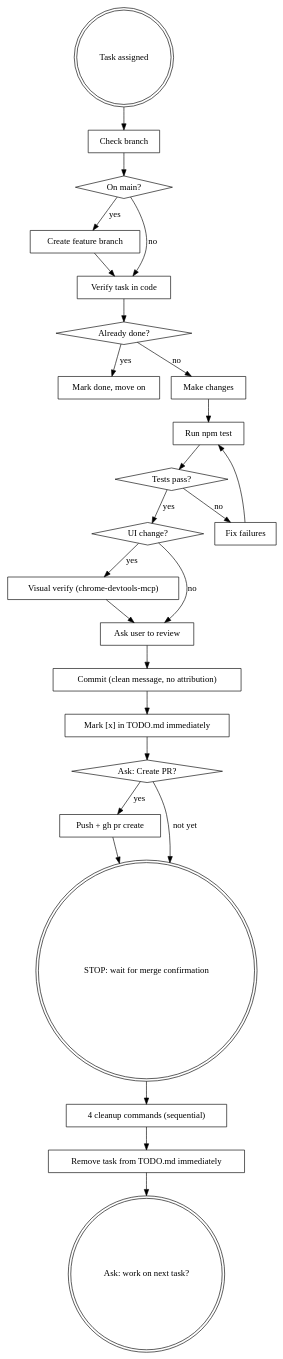
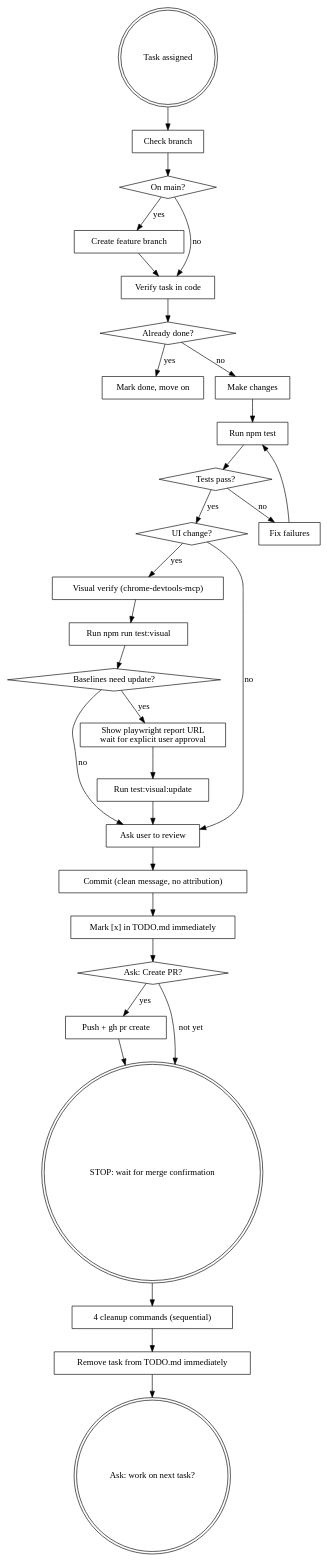
Before and after one commit to chrisrauh/shakuhachi-ro: the second of 2 diagrams in .claude/skills/dev-workflow/SKILL.md, drawn with Graphviz. The commit also changed other lines of this file and 2 other files, not shown here.

First line of the commit message:
chore: add baseline approval gate and fix PR body escaping in dev-workflow (#200)

````diff
--- a/.claude/skills/dev-workflow/SKILL.md
+++ b/.claude/skills/dev-workflow/SKILL.md
@@ -47,52 +47,61 @@
 ```dot
 digraph dev_workflow {
   "Task assigned" [shape=doublecircle];
   "Check branch" [shape=box];
   "On main?" [shape=diamond];
   "Create feature branch" [shape=box];
   "Verify task in code" [shape=box];
   "Already done?" [shape=diamond];
   "Mark done, move on" [shape=box];
   "Make changes" [shape=box];
   "Run npm test" [shape=box];
   "Tests pass?" [shape=diamond];
   "Fix failures" [shape=box];
   "UI change?" [shape=diamond];
   "Visual verify (chrome-devtools-mcp)" [shape=box];
+  "Run npm run test:visual" [shape=box];
+  "Baselines need update?" [shape=diamond];
+  "Show playwright report URL\nwait for explicit user approval" [shape=box];
+  "Run test:visual:update" [shape=box];
   "Ask user to review" [shape=box];
   "Commit (clean message, no attribution)" [shape=box];
   "Mark [x] in TODO.md immediately" [shape=box];
   "Ask: Create PR?" [shape=diamond];
   "Push + gh pr create" [shape=box];
   "STOP: wait for merge confirmation" [shape=doublecircle];
   "4 cleanup commands (sequential)" [shape=box];
   "Remove task from TODO.md immediately" [shape=box];
   "Ask: work on next task?" [shape=doublecircle];
 
   "Task assigned" -> "Check branch";
   "Check branch" -> "On main?";
   "On main?" -> "Create feature branch" [label="yes"];
   "On main?" -> "Verify task in code" [label="no"];
   "Create feature branch" -> "Verify task in code";
   "Verify task in code" -> "Already done?";
   "Already done?" -> "Mark done, move on" [label="yes"];
   "Already done?" -> "Make changes" [label="no"];
   "Make changes" -> "Run npm test";
   "Run npm test" -> "Tests pass?";
   "Tests pass?" -> "Fix failures" [label="no"];
   "Fix failures" -> "Run npm test";
   "Tests pass?" -> "UI change?" [label="yes"];
   "UI change?" -> "Visual verify (chrome-devtools-mcp)" [label="yes"];
   "UI change?" -> "Ask user to review" [label="no"];
-  "Visual verify (chrome-devtools-mcp)" -> "Ask user to review";
+  "Visual verify (chrome-devtools-mcp)" -> "Run npm run test:visual";
+  "Run npm run test:visual" -> "Baselines need update?";
+  "Baselines need update?" -> "Show playwright report URL\nwait for explicit user approval" [label="yes"];
+  "Show playwright report URL\nwait for explicit user approval" -> "Run test:visual:update";
+  "Run test:visual:update" -> "Ask user to review";
+  "Baselines need update?" -> "Ask user to review" [label="no"];
   "Ask user to review" -> "Commit (clean message, no attribution)";
   "Commit (clean message, no attribution)" -> "Mark [x] in TODO.md immediately";
   "Mark [x] in TODO.md immediately" -> "Ask: Create PR?";
   "Ask: Create PR?" -> "Push + gh pr create" [label="yes"];
   "Ask: Create PR?" -> "STOP: wait for merge confirmation" [label="not yet"];
   "Push + gh pr create" -> "STOP: wait for merge confirmation";
   "STOP: wait for merge confirmation" -> "4 cleanup commands (sequential)";
   "4 cleanup commands (sequential)" -> "Remove task from TODO.md immediately";
   "Remove task from TODO.md immediately" -> "Ask: work on next task?";
 }
 ```
````
